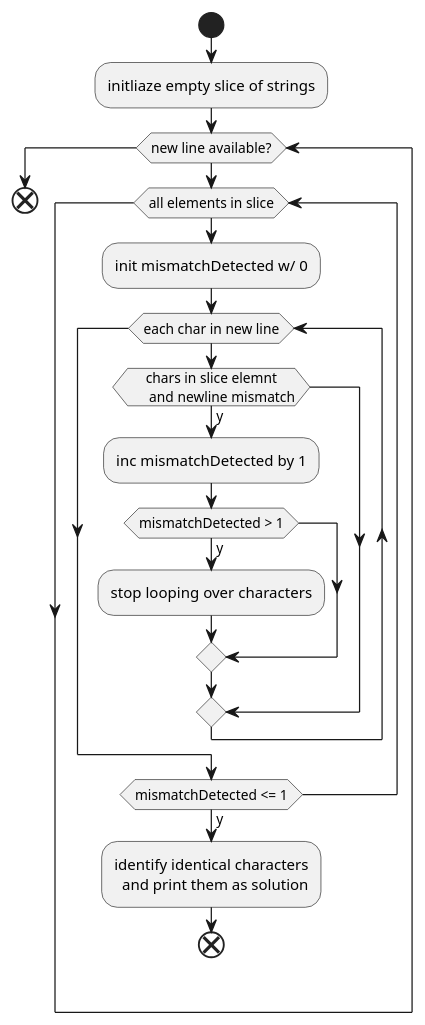
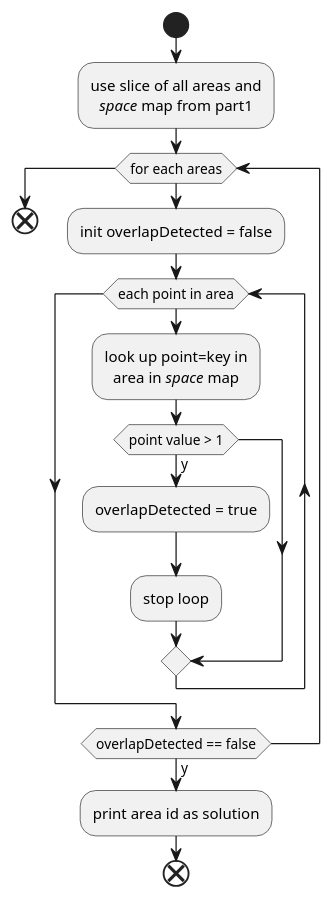
One commit to rdmueller/aoc-2018 changed the second of 2 diagrams in day03/go/anoff/readme.adoc. Above: the diagram before and after it, drawn with PlantUML. The commit also changed other lines of this file and 1 other file, not shown here.

Commit message:
:star2: feat: go solution day3

```diff
--- a/day03/go/anoff/readme.adoc
+++ b/day03/go/anoff/readme.adoc
@@ -51,30 +53,27 @@
-[plantuml, day03-part1, png]
+[plantuml, day03-part2, png]
 ....
 @startuml
 skinparam defaulttextalignment center
 skinparam monochrome true
 skinparam shadowing false
 start
-:initliaze empty slice of strings;
-while (new line available?)
-  while (all elements in slice)
-    :init mismatchDetected w/ 0;
-    while (each char in new line)
-      if (chars in slice elemnt
-      and newline mismatch) then (y)
-        :inc mismatchDetected by 1;
-        if (mismatchDetected > 1) then (y)
-          :stop looping over characters;
-        endif
-      endif
-    endwhile
-    if (mismatchDetected <= 1) then (y)
-      :identify identical characters
-        and print them as solution;
-      end
+:use slice of all areas and
+//space// map from part1;
+while (for each areas)
+  :init overlapDetected = false;
+  while (each point in area)
+    :look up point=key in
+    area in //space// map;
+    if (point value > 1) then (y)
+      :overlapDetected = true;
+      :stop loop;
     endif
   endwhile
+  if (overlapDetected == false) then (y)
+    :print area id as solution;
+    end
+  endif
 endwhile
 end
 @enduml
 ....
```
